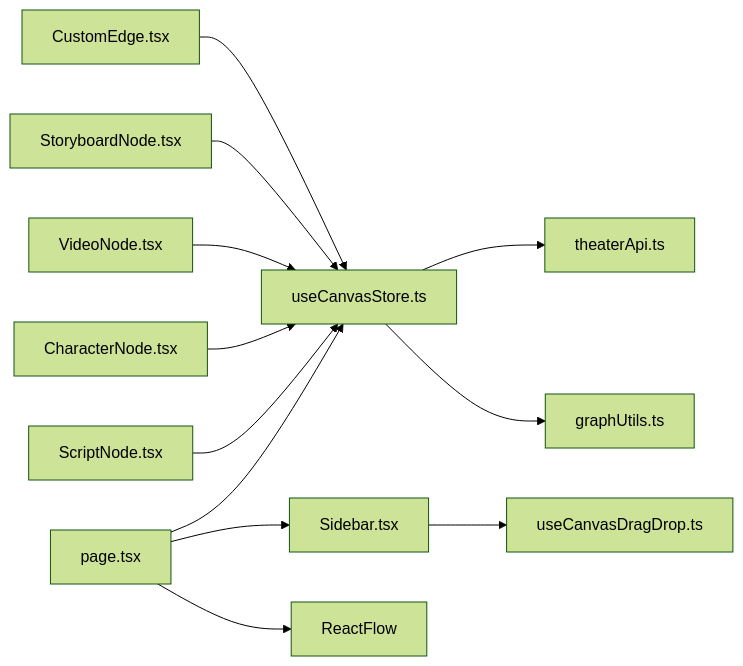
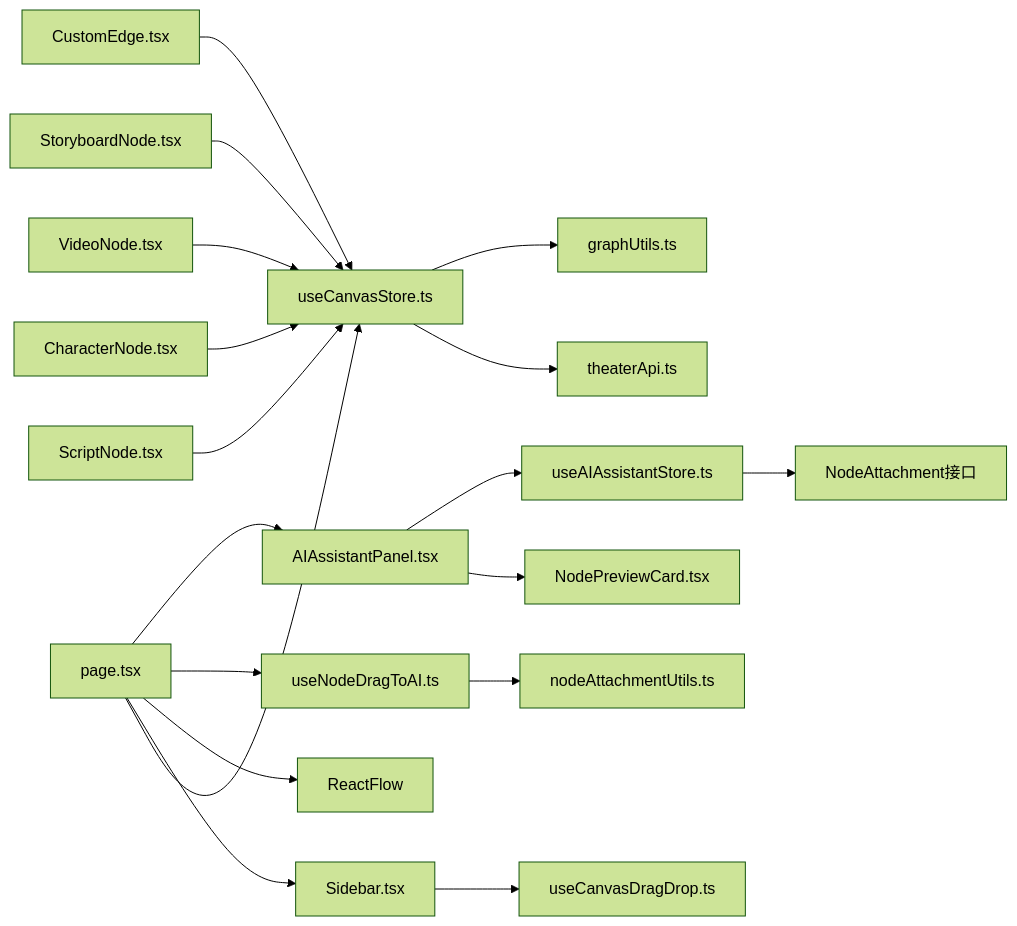
One commit to KunLabAI/KunFlix changed diagram 15 of 15 in .qoder/repowiki/zh/content/Canvas Drag Drop Enhancements.md. Above: the diagram before and after it, drawn with Mermaid (forest theme). The commit also changed other lines of this file and 31 other files, not shown here.

````diff
--- a/.qoder/repowiki/zh/content/Canvas Drag Drop Enhancements.md
+++ b/.qoder/repowiki/zh/content/Canvas Drag Drop Enhancements.md
@@ -376,14 +604,20 @@
 ```mermaid
 graph LR
 A[page.tsx] --> B[useCanvasStore.ts]
 A --> C[Sidebar.tsx]
 A --> D[ReactFlow]
-C --> E[useCanvasDragDrop.ts]
-B --> F[theaterApi.ts]
-B --> G[graphUtils.ts]
-H[ScriptNode.tsx] --> B
-I[CharacterNode.tsx] --> B
-J[VideoNode.tsx] --> B
-K[StoryboardNode.tsx] --> B
-L[CustomEdge.tsx] --> B
+A --> E[useNodeDragToAI.ts]
+C --> F[useCanvasDragDrop.ts]
+B --> G[theaterApi.ts]
+B --> H[graphUtils.ts]
+I[ScriptNode.tsx] --> B
+J[CharacterNode.tsx] --> B
+K[VideoNode.tsx] --> B
+L[StoryboardNode.tsx] --> B
+M[CustomEdge.tsx] --> B
+A --> N[AIAssistantPanel.tsx]
+N --> O[NodePreviewCard.tsx]
+N --> P[useAIAssistantStore.ts]
+E --> Q[nodeAttachmentUtils.ts]
+P --> R[NodeAttachment接口]
 ```
````
